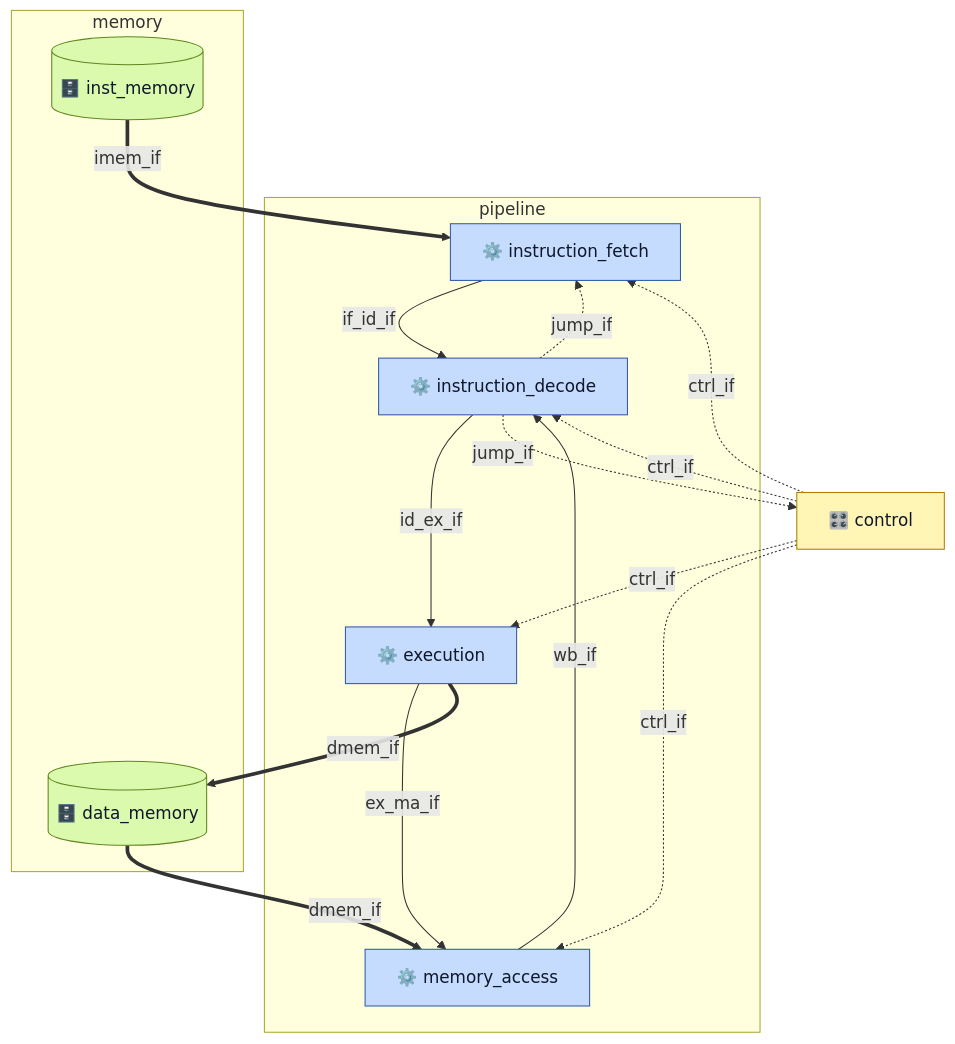
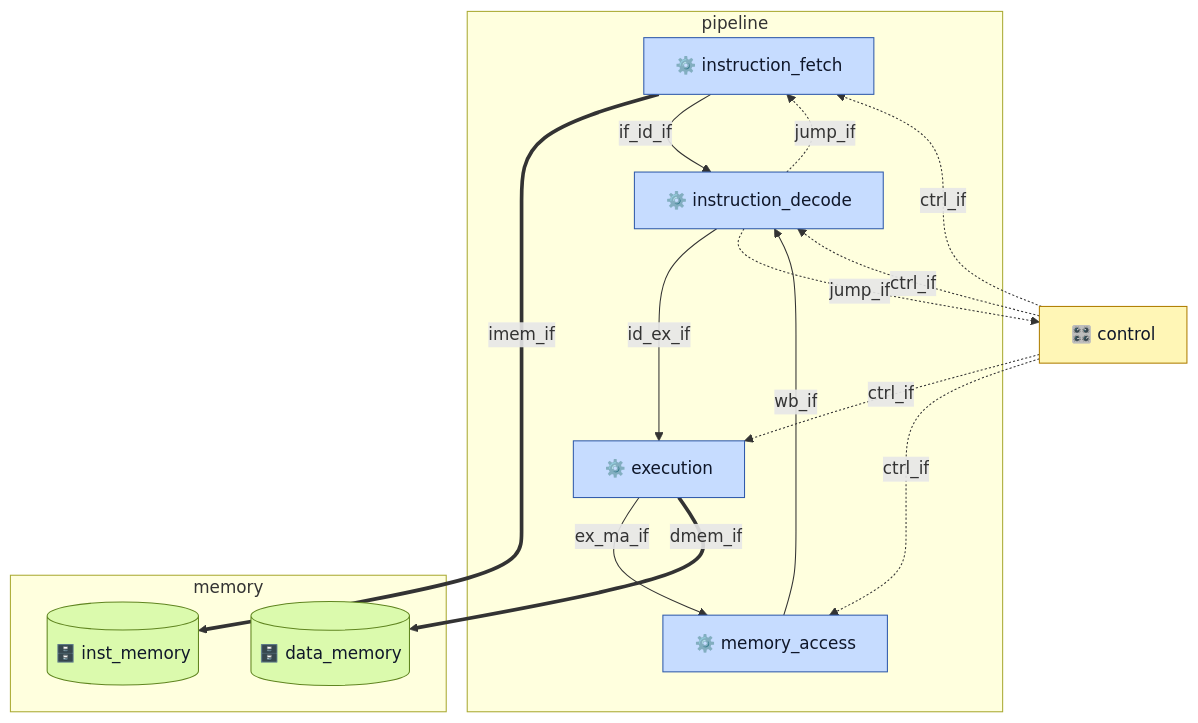
Before and after one commit to nelsonafn/riscv-small: the second of 2 diagrams in doc/uarch.md, drawn with Mermaid. The commit also changed other lines of this file and 12 other files, not shown here.

````diff
--- a/doc/uarch.md
+++ b/doc/uarch.md
@@ -245,36 +266,35 @@
 ```mermaid
 flowchart TD
     accTitle: riscv-small top level
-    accDescr: Five pipeline modules grouped by stage, one control block, and the two external memories. Every edge is one interface from the catalogue, labelled with the interface name rather than with its signals.
+    accDescr: Five pipeline modules grouped by stage, one control block, and the two external memories. Every edge is one interface from the catalogue, labelled with the interface name rather than with its signals, and drawn from the initiator to the target.
     classDef stage fill:#c6dcff,stroke:#305bab,color:#0f172a
     classDef control fill:#fff6b6,stroke:#af7e02,color:#0f172a
     classDef memory fill:#dbfaad,stroke:#608520,color:#0f172a
 
     subgraph PIPE["pipeline"]
         IF["⚙️ instruction_fetch"]:::stage
         ID["⚙️ instruction_decode"]:::stage
         EX["⚙️ execution"]:::stage
         MA["⚙️ memory_access"]:::stage
     end
 
     subgraph MEM["memory"]
         IMEM[("🗄️ inst_memory")]:::memory
         DMEM[("🗄️ data_memory")]:::memory
     end
 
     CTL["🎛️ control"]:::control
 
-    IMEM ==>|"imem_if"| IF
+    IF ==>|"imem_if"| IMEM
     IF -->|"if_id_if"| ID
     ID -->|"id_ex_if"| EX
     EX -->|"ex_ma_if"| MA
     MA -->|"wb_if"| ID
     EX ==>|"dmem_if"| DMEM
-    DMEM ==>|"dmem_if"| MA
     ID -.->|"jump_if"| IF
     ID -.->|"jump_if"| CTL
     CTL -.->|"ctrl_if"| IF
     CTL -.->|"ctrl_if"| ID
     CTL -.->|"ctrl_if"| EX
     CTL -.->|"ctrl_if"| MA
 ```
````
